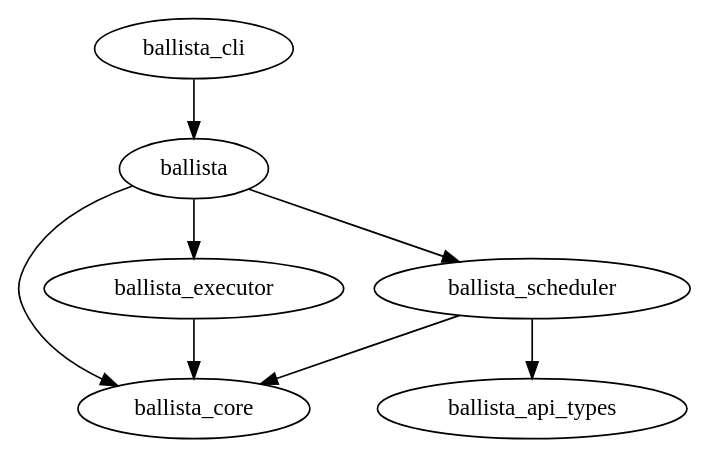
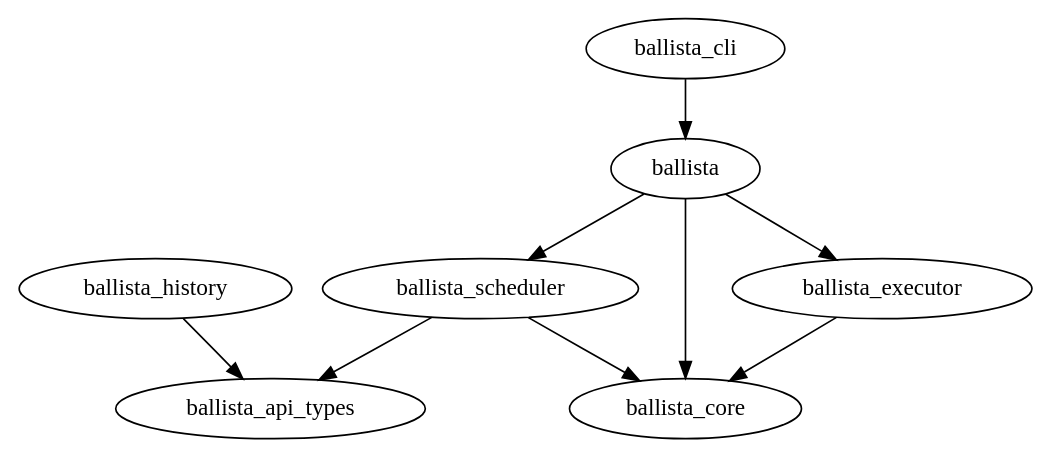
Before and after one commit to apache/datafusion-ballista: the diagram in dev/release/crate-deps.dot, drawn with Graphviz. The commit also changed 11 other files, not shown here.

First line of the commit message:
feat(history): add the event-log schema, writer, and reader (#2260)

```diff
--- a/dev/release/crate-deps.dot
+++ b/dev/release/crate-deps.dot
@@ -1,38 +1,41 @@
 // Licensed to the Apache Software Foundation (ASF) under one
 // or more contributor license agreements.  See the NOTICE file
 // distributed with this work for additional information
 // regarding copyright ownership.  The ASF licenses this file
 // to you under the Apache License, Version 2.0 (the
 // "License"); you may not use this file except in compliance
 // with the License.  You may obtain a copy of the License at
 //
 //   http://www.apache.org/licenses/LICENSE-2.0
 //
 // Unless required by applicable law or agreed to in writing,
 // software distributed under the License is distributed on an
 // "AS IS" BASIS, WITHOUT WARRANTIES OR CONDITIONS OF ANY
 // KIND, either express or implied.  See the License for the
 // specific language governing permissions and limitations
 // under the License.
 
 digraph G {
 
     ballista_core
     ballista_api_types
+    ballista_history
     ballista_scheduler
     ballista_executor
     ballista
     ballista_cli
 
     ballista_scheduler -> ballista_core
     ballista_scheduler -> ballista_api_types
+
+    ballista_history -> ballista_api_types
 
     ballista_executor -> ballista_core
 
     ballista -> ballista_core
     ballista -> ballista_scheduler
     ballista -> ballista_executor
 
 	ballista_cli -> ballista
 
 }
```
